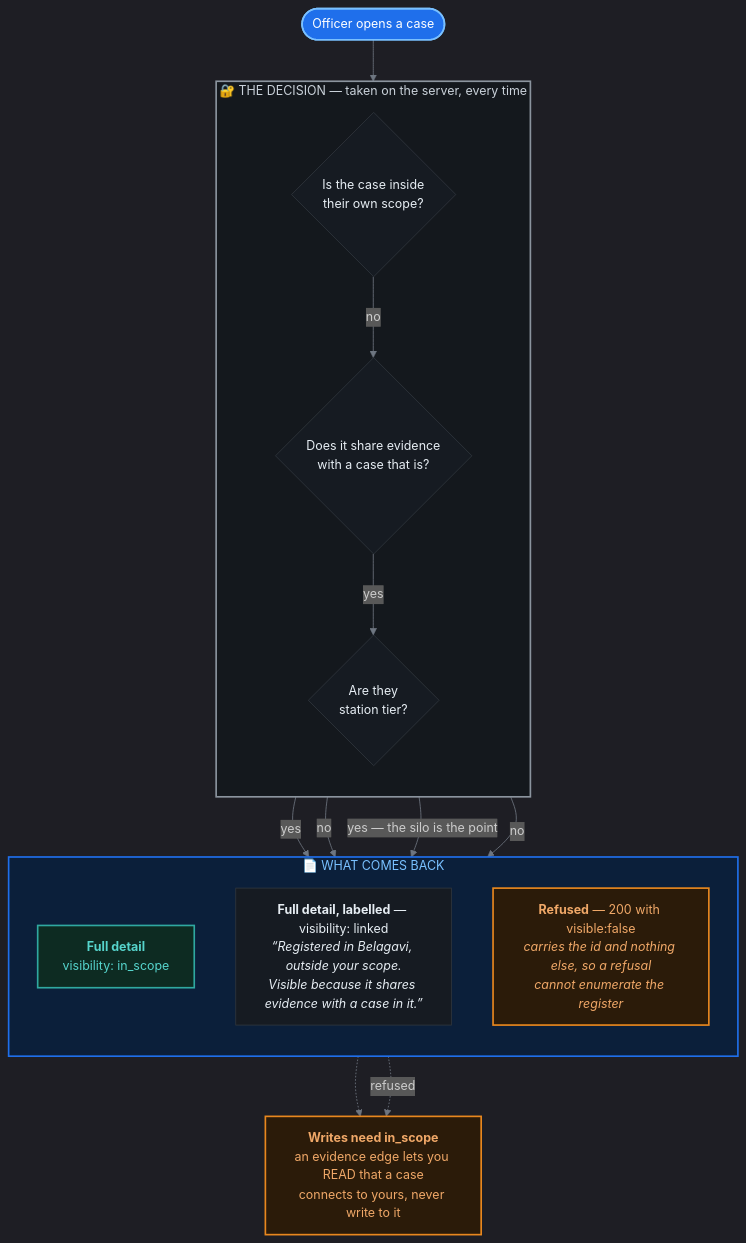
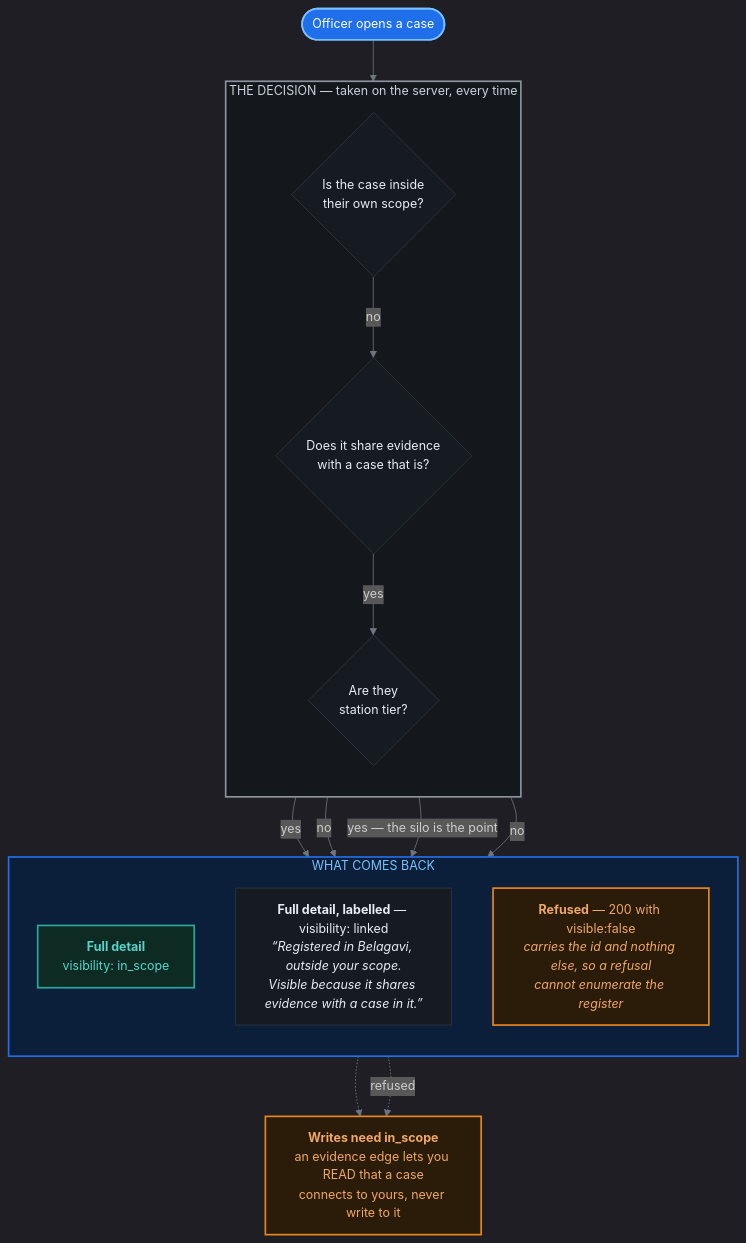
One commit to adarshcod30/Kadi changed the fourth of 6 diagrams in README.md. Above: the diagram before and after it, drawn with Mermaid. The commit also changed other lines of this file, not shown here.

First line of the commit message:
Drop the emoji from the diagrams

````diff
--- a/README.md
+++ b/README.md
@@ -430,43 +430,43 @@
 ```mermaid
 %%{init: {'theme':'dark','themeVariables':{'fontSize':'15px','lineColor':'#6e7681','primaryTextColor':'#e6edf3'}}}%%
 flowchart TD
     Q(["Officer opens a case"])
 
-    subgraph DEC["🔐  THE DECISION — taken on the server, every time"]
+    subgraph DEC["THE DECISION — taken on the server, every time"]
         direction TB
         S{"Is the case inside<br/>their own scope?"}
         L{"Does it share evidence<br/>with a case that is?"}
         T{"Are they<br/>station tier?"}
         S -->|no| L
         L -->|yes| T
     end
 
-    subgraph RES["📄  WHAT COMES BACK"]
+    subgraph RES["WHAT COMES BACK"]
         direction TB
         FULL["<b>Full detail</b><br/>visibility: in_scope"]
         LINK["<b>Full detail, labelled</b> — visibility: linked<br/><i>“Registered in Belagavi, outside your scope.<br/>Visible because it shares evidence with a case in it.”</i>"]
         DENY["<b>Refused</b> — 200 with visible:false<br/><i>carries the id and nothing else, so a refusal<br/>cannot enumerate the register</i>"]
     end
 
     W["<b>Writes need in_scope</b><br/>an evidence edge lets you READ that a case<br/>connects to yours, never write to it"]
 
     Q --> S
     S -->|yes| FULL
     L -->|no| DENY
     T -->|"yes — the silo is the point"| DENY
     T -->|no| LINK
     FULL -.-> W
     LINK -.->|refused| W
 
     classDef box   fill:#161b22,stroke:#30363d,stroke-width:1px,color:#e6edf3
     classDef good  fill:#0d2b22,stroke:#2FA8A0,stroke-width:2px,color:#56d4cc
     classDef warn  fill:#2b1b09,stroke:#E8871E,stroke-width:2px,color:#f0a868
     classDef actor fill:#1f6feb,stroke:#79c0ff,stroke-width:2px,color:#ffffff
     class S,L,T,LINK box
     class FULL good
     class DENY,W warn
     class Q actor
 
     style DEC fill:#14181d,stroke:#8b949e,stroke-width:2px,color:#c9d1d9
     style RES fill:#0b1f3a,stroke:#1f6feb,stroke-width:2px,color:#79c0ff
 ```
````
